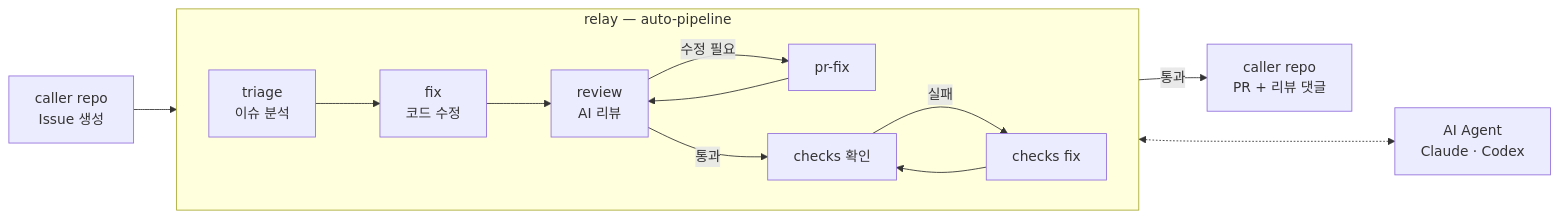
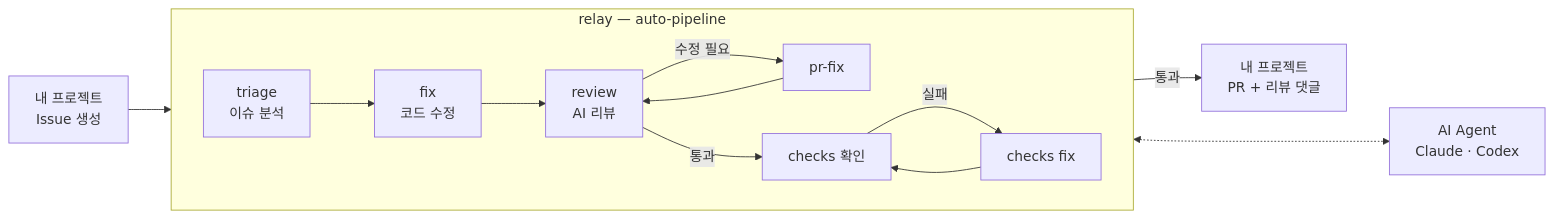
Before and after one commit to youngrok-XCENA/relay: the second of 2 diagrams in README.md, drawn with Mermaid. The commit also changed other lines of this file and 9 other files, not shown here.

````diff
--- a/README.md
+++ b/README.md
@@ -95,20 +94,20 @@
 ```mermaid
 graph LR
-    ISS["caller repo<br/>Issue 생성"]
+    ISS["내 프로젝트<br/>Issue 생성"]
 
     subgraph relay["relay — auto-pipeline"]
         direction LR
         T["triage<br/>이슈 분석"] --> F["fix<br/>코드 수정"]
         F --> R["review<br/>AI 리뷰"]
         R -->|"수정 필요"| PF["pr-fix"] --> R
         R -->|"통과"| C["checks 확인"]
         C -->|"실패"| CF["checks fix"] --> C
     end
 
     AI["AI Agent<br/>Claude · Codex"]
-    PR["caller repo<br/>PR + 리뷰 댓글"]
+    PR["내 프로젝트<br/>PR + 리뷰 댓글"]
 
     ISS --> T
     relay <-..-> AI
     C -->|"통과"| PR
 ```
````
